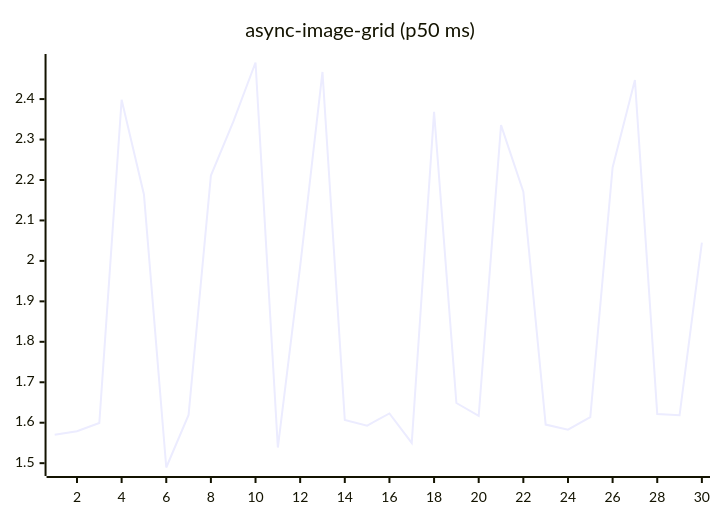
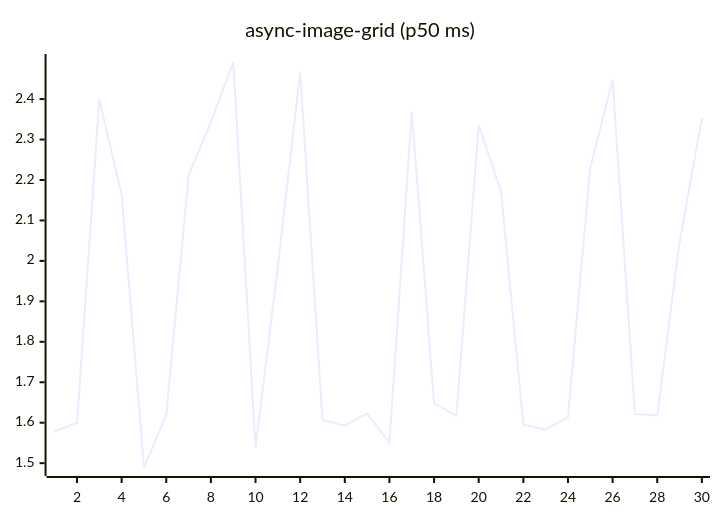
The fifth of 27 diagrams in README.md (josha/Facet), drawn with Mermaid before and after one commit. The commit also changed other lines of this file and 2 other files, not shown here.

````diff
--- a/README.md
+++ b/README.md
@@ -91,6 +91,6 @@
 ```mermaid
 xychart-beta
     title "async-image-grid (p50 ms)"
     x-axis 1 --> 30
-    line [1.5700, 1.5790, 1.5994, 2.3982, 2.1641, 1.4893, 1.6193, 2.2110, 2.3435, 2.4904, 1.5386, 1.9864, 2.4670, 1.6066, 1.5928, 1.6229, 1.5501, 2.3685, 1.6487, 1.6169, 2.3355, 2.1710, 1.5954, 1.5829, 1.6137, 2.2308, 2.4470, 1.6216, 1.6184, 2.0452]
+    line [1.5790, 1.5994, 2.3982, 2.1641, 1.4893, 1.6193, 2.2110, 2.3435, 2.4904, 1.5386, 1.9864, 2.4670, 1.6066, 1.5928, 1.6229, 1.5501, 2.3685, 1.6487, 1.6169, 2.3355, 2.1710, 1.5954, 1.5829, 1.6137, 2.2308, 2.4470, 1.6216, 1.6184, 2.0452, 2.3531]
 ```
````
